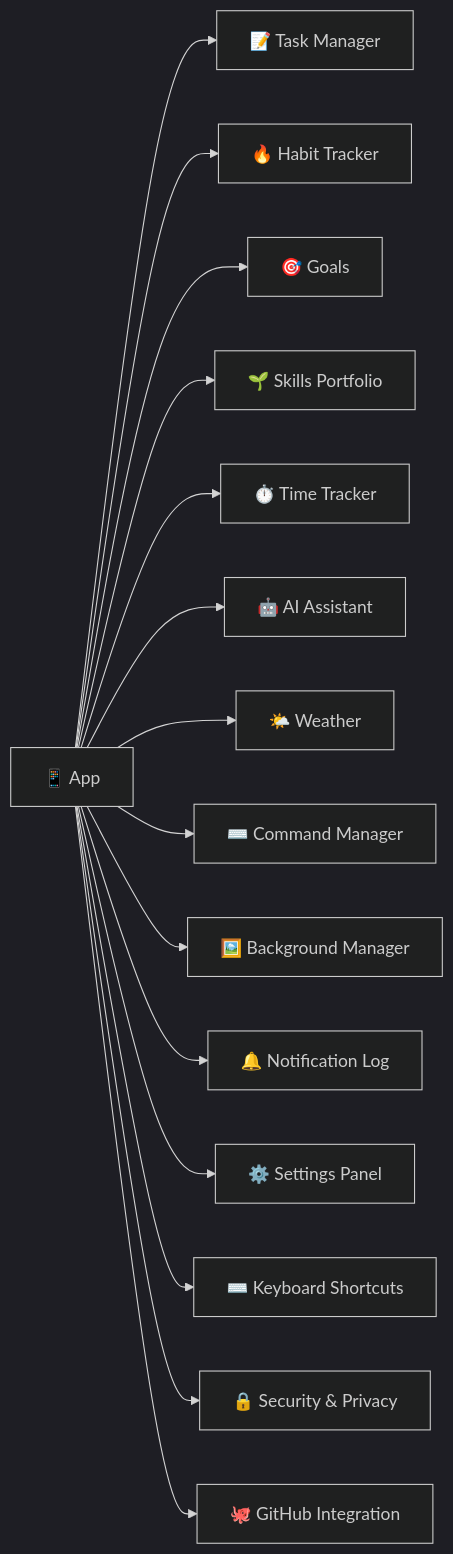
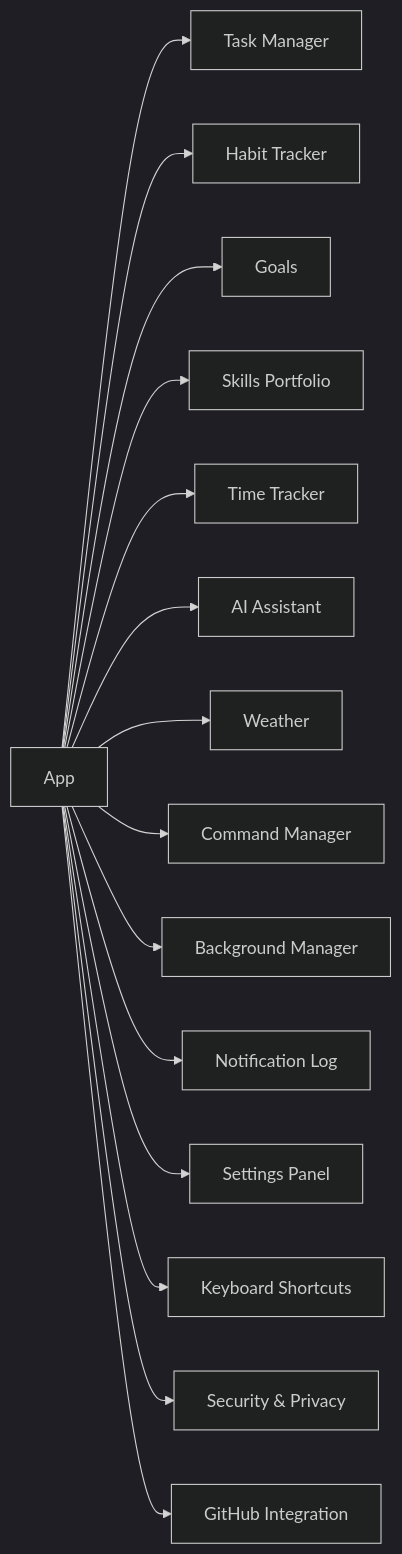
Before and after one commit to Adeoye100/Nexos-Productivity-Project-Mangament-App: the diagram in Documentation/GRAPH.md, drawn with Mermaid (dark theme). The commit also changed 70 other files, not shown here.

````diff
--- a/Documentation/GRAPH.md
+++ b/Documentation/GRAPH.md
@@ -14,17 +14,17 @@
 ```mermaid
 graph LR
-  App[📱 App] --> Tasks[📝 Task Manager]
-  App --> Habits[🔥 Habit Tracker]
-  App --> Goals[🎯 Goals]
-  App --> Skills[🌱 Skills Portfolio]
-  App --> Time[⏱️ Time Tracker]
-  App --> AI[🤖 AI Assistant]
-  App --> Weather[🌤️ Weather]
-  App --> Cmd[⌨️ Command Manager]
-  App --> BG[🖼️ Background Manager]
-  App --> Notif[🔔 Notification Log]
-  App --> Settings[⚙️ Settings Panel]
-  App --> KB[⌨️ Keyboard Shortcuts]
-  App --> Sec[🔒 Security & Privacy]
-  App --> GitHub[🐙 GitHub Integration]
+  App[App] --> Tasks[Task Manager]
+  App --> Habits[Habit Tracker]
+  App --> Goals[Goals]
+  App --> Skills[Skills Portfolio]
+  App --> Time[Time Tracker]
+  App --> AI[AI Assistant]
+  App --> Weather[Weather]
+  App --> Cmd[Command Manager]
+  App --> BG[Background Manager]
+  App --> Notif[Notification Log]
+  App --> Settings[Settings Panel]
+  App --> KB[Keyboard Shortcuts]
+  App --> Sec[Security & Privacy]
+  App --> GitHub[GitHub Integration]
 ```
````
